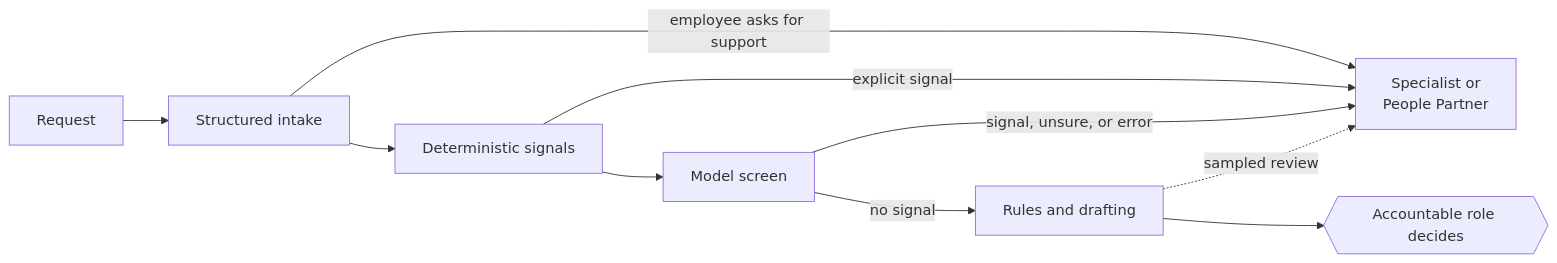
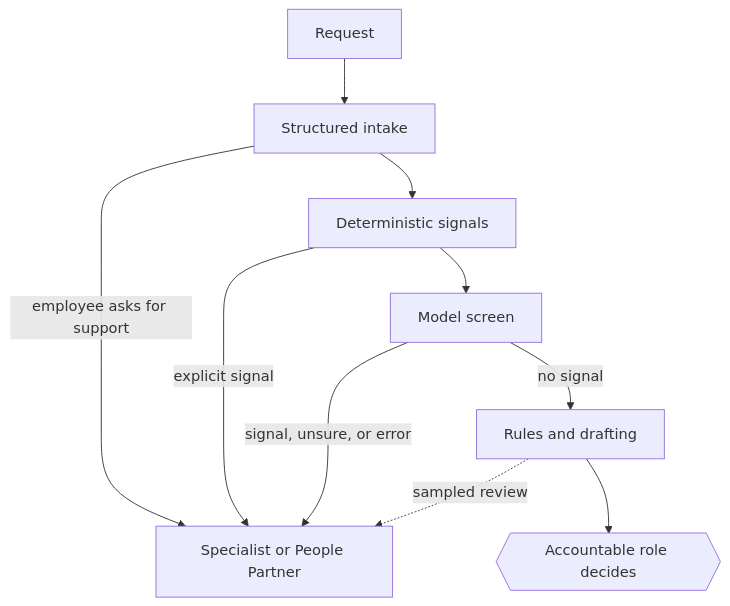
Before and after one commit to ellehelvig/hr-ai-transformation-playbook: the diagram in 01-use-cases/work-redesign-people-partner.md, drawn with Mermaid. The commit also changed other lines of this file and 4 other files, not shown here.

First line of the commit message:
Ground the People Partner redesign in evidence and pilot gates (#34)

````diff
--- a/01-use-cases/work-redesign-people-partner.md
+++ b/01-use-cases/work-redesign-people-partner.md
@@ -66,12 +120,12 @@
 ```mermaid
-flowchart LR
+flowchart TD
   R[Request] --> I[Structured intake]
-  I -- employee asks for support --> P[Specialist or<br/>People Partner]
+  I -- employee asks for support --> P[Specialist or People Partner]
   I --> D[Deterministic signals]
   D -- explicit signal --> P
   D --> M[Model screen]
   M -- signal, unsure, or error --> P
   M -- no signal --> W[Rules and drafting]
   W --> A{{Accountable role decides}}
   W -. sampled review .-> P
 ```
````
